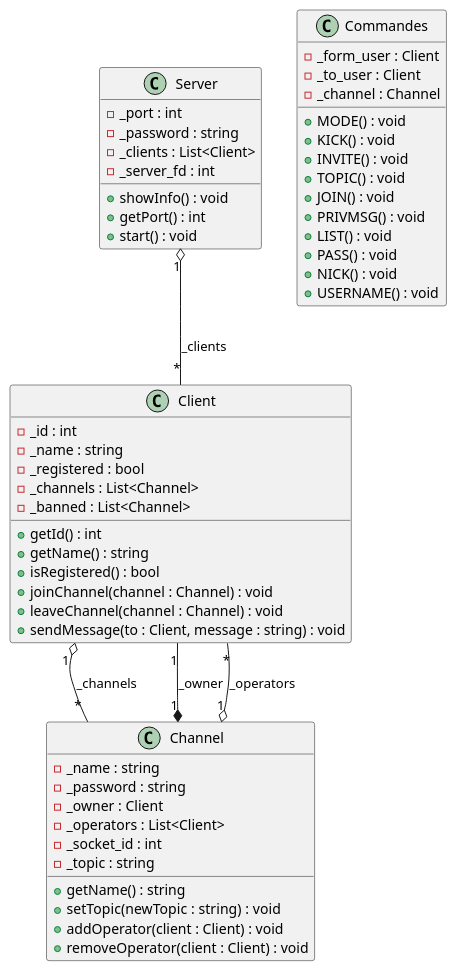
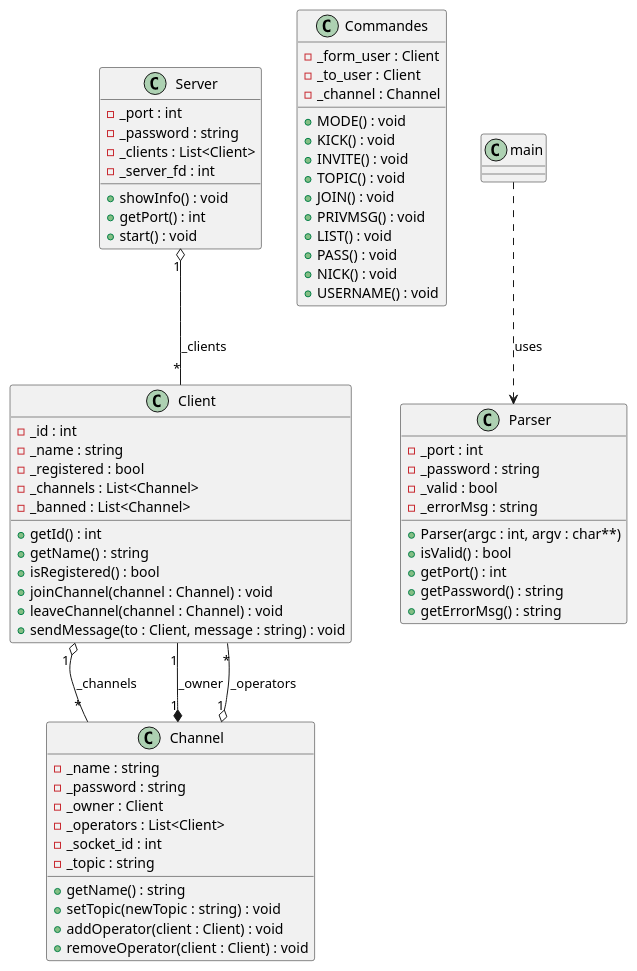
Before and after one commit to EniumRaphael/ft_irc: the diagram in diagram.puml, drawn with PlantUML. The commit also changed 4 other files, not shown here.

```diff
--- a/diagram.puml
+++ b/diagram.puml
@@ -1,81 +1,98 @@
 @startuml
 
 ' ========================
 '        CLASS: Server
 ' ========================
 class Server {
     - _port : int
     - _password : string
     - _clients : List<Client>
     - _server_fd : int
 
     + showInfo() : void
     + getPort() : int
     + start() : void
 }
 
 ' ========================
 '        CLASS: Client
 ' ========================
 class Client {
     - _id : int
     - _name : string
     - _registered : bool
     - _channels : List<Channel>
     - _banned : List<Channel>
 
     + getId() : int
     + getName() : string
     + isRegistered() : bool
     + joinChannel(channel : Channel) : void
     + leaveChannel(channel : Channel) : void
     + sendMessage(to : Client, message : string) : void
 }
 
 ' ========================
 '        CLASS: Channel
 ' ========================
 class Channel {
     - _name : string
     - _password : string
     - _owner : Client
     - _operators : List<Client>
     - _socket_id : int
     - _topic : string
 
     + getName() : string
     + setTopic(newTopic : string) : void
     + addOperator(client : Client) : void
     + removeOperator(client : Client) : void
 }
 
 ' ========================
 '        CLASS: Commandes
 ' ========================
 class Commandes {
     - _form_user : Client
     - _to_user : Client
     - _channel : Channel
 
     + MODE() : void
     + KICK() : void
     + INVITE() : void
     + TOPIC() : void
     + JOIN() : void
     + PRIVMSG() : void
     + LIST() : void
     + PASS() : void
     + NICK() : void
     + USERNAME() : void
 }
 
 ' ========================
+'        CLASS: Parser
+' ========================
+class Parser {
+    - _port : int
+    - _password : string
+    - _valid : bool
+    - _errorMsg : string
+
+    + Parser(argc : int, argv : char**)
+    + isValid() : bool
+    + getPort() : int
+    + getPassword() : string
+    + getErrorMsg() : string
+}
+
+' ========================
 '         RELATIONS
 ' ========================
 
 Server "1" o-- "*" Client : _clients
 Client "1" o-- "*" Channel : _channels
 Channel "1" *-- "1" Client : _owner
 Channel "1" o-- "*" Client : _operators
+main ..> Parser : uses
 
 @enduml
```
